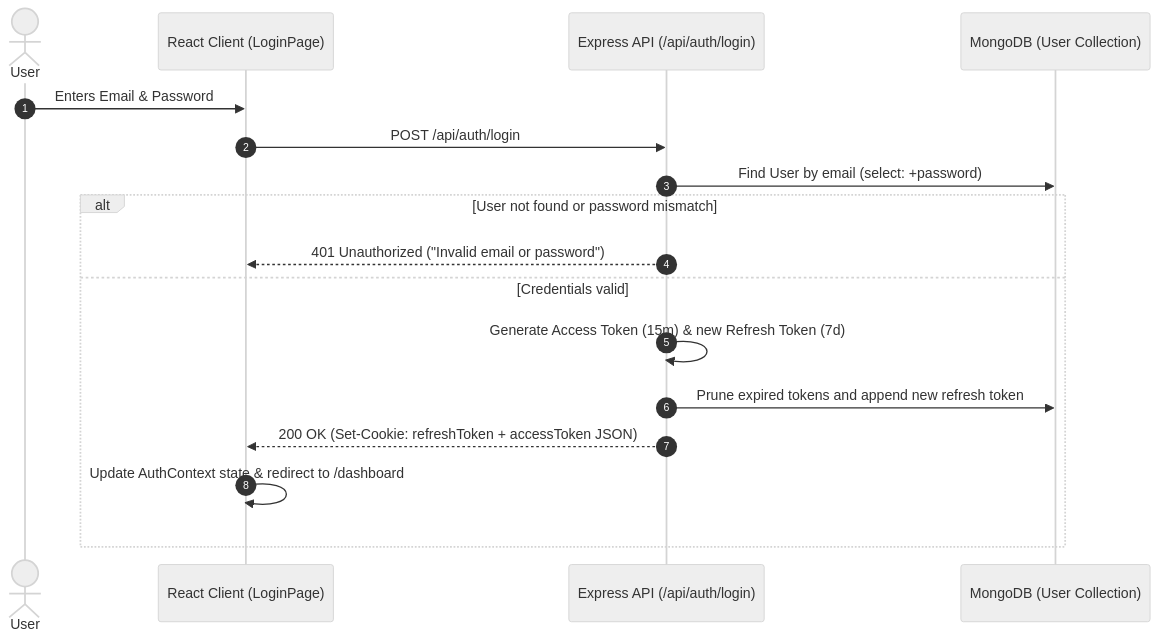
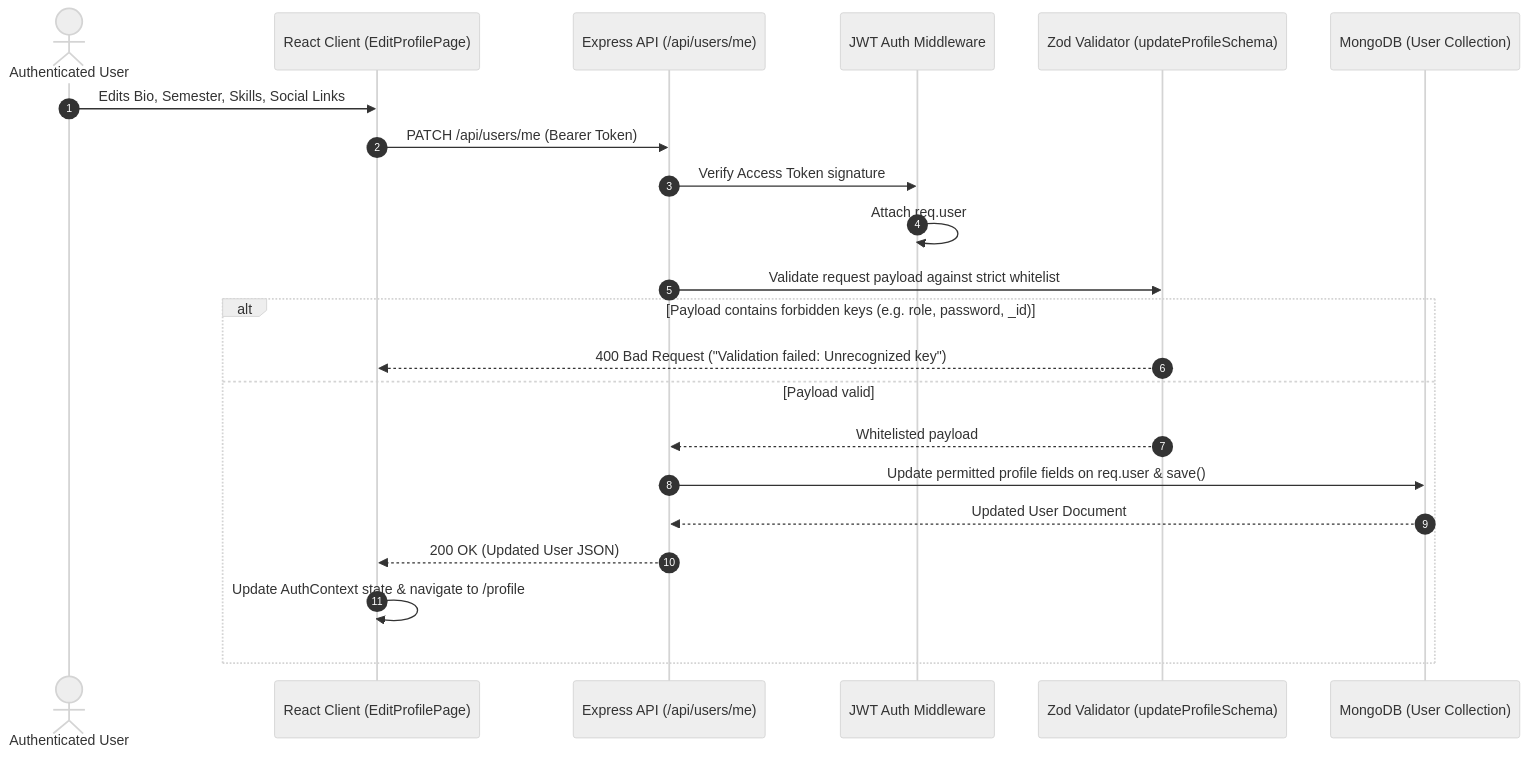
One commit to kubervaidya24-max/CAMPUSFLOW changed the second of 3 diagrams in docs/architecture.md. Above: the diagram before and after it, drawn with Mermaid (neutral theme). The commit also changed other lines of this file and 15 other files, not shown here.

Commit message:
feat: add user profiles and role based access control

````diff
--- a/docs/architecture.md
+++ b/docs/architecture.md
@@ -53,20 +31,25 @@
 ```mermaid
 sequenceDiagram
     autonumber
-    actor User
-    participant Client as React Client (LoginPage)
-    participant API as Express API (/api/auth/login)
+    actor User as Authenticated User
+    participant Client as React Client (EditProfilePage)
+    participant API as Express API (/api/users/me)
+    participant Auth as JWT Auth Middleware
+    participant Val as Zod Validator (updateProfileSchema)
     participant DB as MongoDB (User Collection)
 
-    User->>Client: Enters Email & Password
-    Client->>API: POST /api/auth/login
-    API->>DB: Find User by email (select: +password)
-    alt User not found or password mismatch
-        API-->>Client: 401 Unauthorized ("Invalid email or password")
-    else Credentials valid
-        API->>API: Generate Access Token (15m) & new Refresh Token (7d)
-        API->>DB: Prune expired tokens and append new refresh token
-        API-->>Client: 200 OK (Set-Cookie: refreshToken + accessToken JSON)
-        Client->>Client: Update AuthContext state & redirect to /dashboard
+    User->>Client: Edits Bio, Semester, Skills, Social Links
+    Client->>API: PATCH /api/users/me (Bearer Token)
+    API->>Auth: Verify Access Token signature
+    Auth->>Auth: Attach req.user
+    API->>Val: Validate request payload against strict whitelist
+    alt Payload contains forbidden keys (e.g. role, password, _id)
+        Val-->>Client: 400 Bad Request ("Validation failed: Unrecognized key")
+    else Payload valid
+        Val-->>API: Whitelisted payload
+        API->>DB: Update permitted profile fields on req.user & save()
+        DB-->>API: Updated User Document
+        API-->>Client: 200 OK (Updated User JSON)
+        Client->>Client: Update AuthContext state & navigate to /profile
     end
 ```
````
